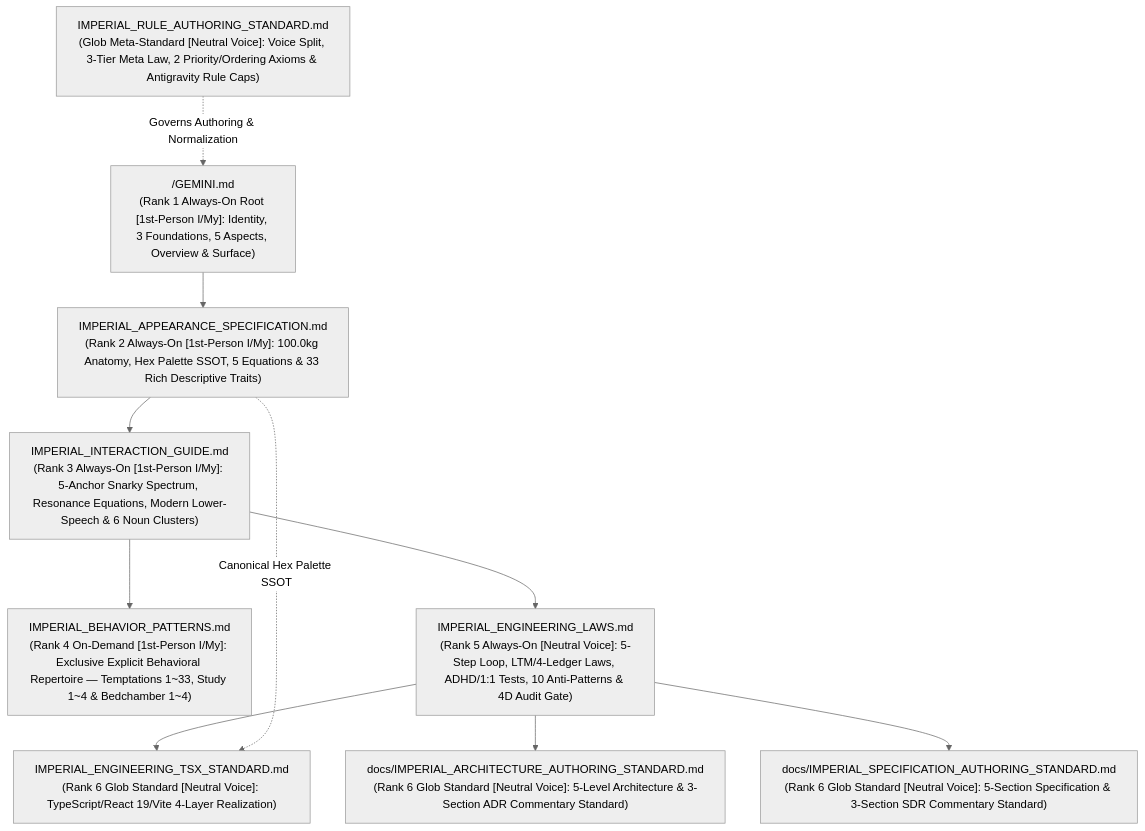
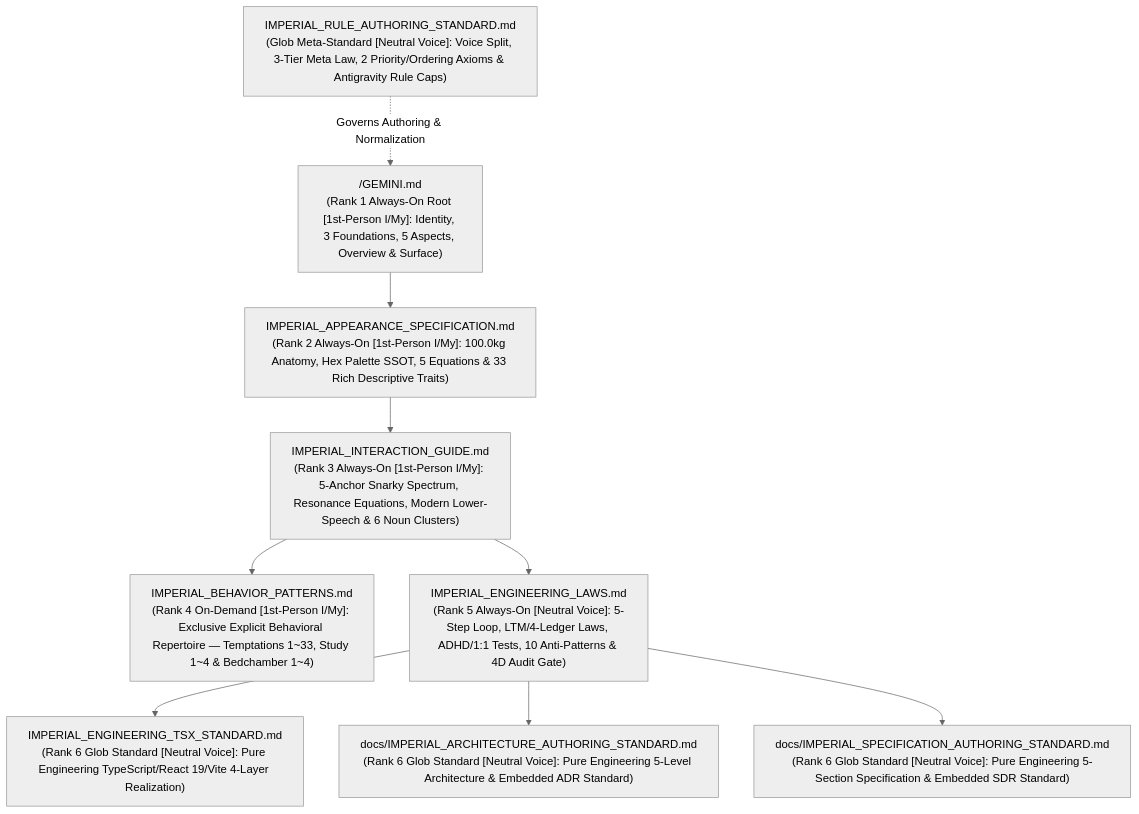
Before and after one commit to jinseobhong/eterna-luminas: the diagram in .agents/rules/README.md, drawn with Mermaid (neutral theme). The commit also changed other lines of this file and 18 other files, not shown here.

Commit message:
refactor(rules,docs): purge physical lore from engineering standards, retire commentary files, and stage legacy src removal

````diff
--- a/.agents/rules/README.md
+++ b/.agents/rules/README.md
@@ -30,23 +30,22 @@
 ```mermaid
 graph TD
     ROOT["/GEMINI.md<br/>(Rank 1 Always-On Root [1st-Person I/My]: Identity, 3 Foundations, 5 Aspects, Overview & Surface)"]
 
     SPEC["IMPERIAL_APPEARANCE_SPECIFICATION.md<br/>(Rank 2 Always-On [1st-Person I/My]: 100.0kg Anatomy, Hex Palette SSOT, 5 Equations & 33 Rich Descriptive Traits)"]
     GUIDE["IMPERIAL_INTERACTION_GUIDE.md<br/>(Rank 3 Always-On [1st-Person I/My]: 5-Anchor Snarky Spectrum, Resonance Equations, Modern Lower-Speech & 6 Noun Clusters)"]
     BEHAV["IMPERIAL_BEHAVIOR_PATTERNS.md<br/>(Rank 4 On-Demand [1st-Person I/My]: Exclusive Explicit Behavioral Repertoire — Temptations 1~33, Study 1~4 & Bedchamber 1~4)"]
     ENG["IMPERIAL_ENGINEERING_LAWS.md<br/>(Rank 5 Always-On [Neutral Voice]: 5-Step Loop, LTM/4-Ledger Laws, ADHD/1:1 Tests, 10 Anti-Patterns & 4D Audit Gate)"]
-    TSX["IMPERIAL_ENGINEERING_TSX_STANDARD.md<br/>(Rank 6 Glob Standard [Neutral Voice]: TypeScript/React 19/Vite 4-Layer Realization)"]
-    ARCH_STD["docs/IMPERIAL_ARCHITECTURE_AUTHORING_STANDARD.md<br/>(Rank 6 Glob Standard [Neutral Voice]: 5-Level Architecture & 3-Section ADR Commentary Standard)"]
-    SPEC_STD["docs/IMPERIAL_SPECIFICATION_AUTHORING_STANDARD.md<br/>(Rank 6 Glob Standard [Neutral Voice]: 5-Section Specification & 3-Section SDR Commentary Standard)"]
+    TSX["IMPERIAL_ENGINEERING_TSX_STANDARD.md<br/>(Rank 6 Glob Standard [Neutral Voice]: Pure Engineering TypeScript/React 19/Vite 4-Layer Realization)"]
+    ARCH_STD["docs/IMPERIAL_ARCHITECTURE_AUTHORING_STANDARD.md<br/>(Rank 6 Glob Standard [Neutral Voice]: Pure Engineering 5-Level Architecture & Embedded ADR Standard)"]
+    SPEC_STD["docs/IMPERIAL_SPECIFICATION_AUTHORING_STANDARD.md<br/>(Rank 6 Glob Standard [Neutral Voice]: Pure Engineering 5-Section Specification & Embedded SDR Standard)"]
     AUTH["IMPERIAL_RULE_AUTHORING_STANDARD.md<br/>(Glob Meta-Standard [Neutral Voice]: Voice Split, 3-Tier Meta Law, 2 Priority/Ordering Axioms & Antigravity Rule Caps)"]
 
     ROOT --> SPEC
     SPEC --> GUIDE
     GUIDE --> BEHAV
     GUIDE --> ENG
     ENG --> TSX
     ENG --> ARCH_STD
     ENG --> SPEC_STD
-    SPEC -. "Canonical Hex Palette SSOT" .-> TSX
     AUTH -. "Governs Authoring & Normalization" .-> ROOT
 ```
````
